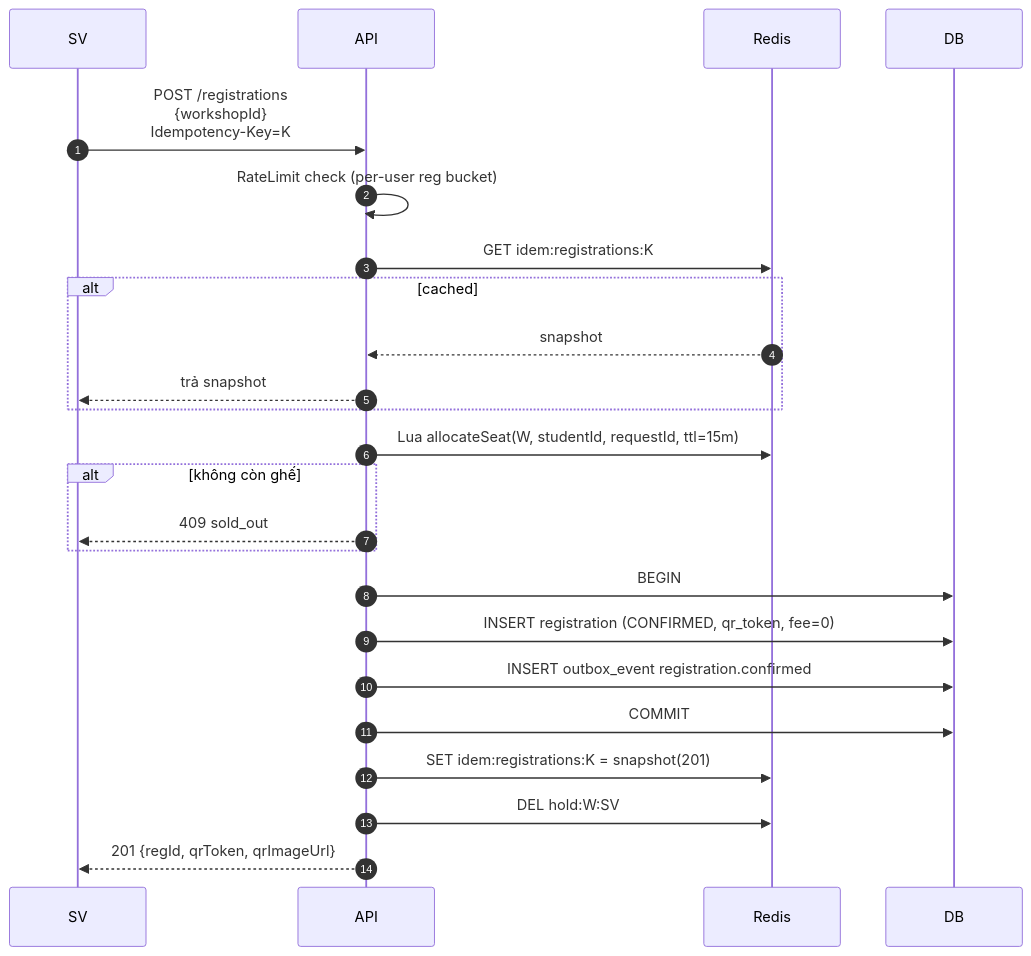
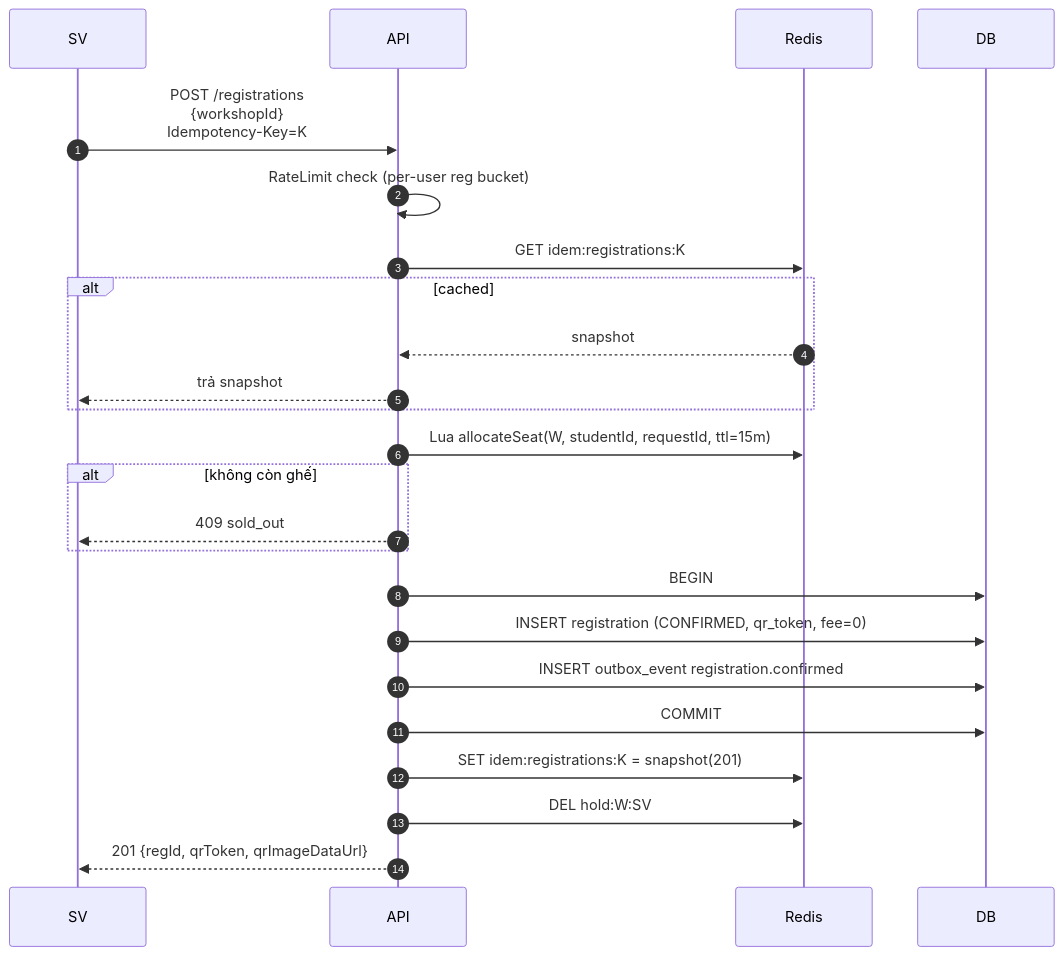
Before and after one commit to ThangTo/UniHub-Workshop: the first of 2 diagrams in blueprint/specs/registration.md, drawn with Mermaid. The commit also changed other lines of this file and 11 other files, not shown here.

````diff
--- a/blueprint/specs/registration.md
+++ b/blueprint/specs/registration.md
@@ -24,27 +24,27 @@
 ```mermaid
 sequenceDiagram
     autonumber
     participant SV
     participant API
     participant R as Redis
     participant DB
 
     SV->>API: POST /registrations<br/>{workshopId}<br/>Idempotency-Key=K
     API->>API: RateLimit check (per-user reg bucket)
     API->>R: GET idem:registrations:K
     alt cached
         R-->>API: snapshot
         API-->>SV: trả snapshot
     end
     API->>R: Lua allocateSeat(W, studentId, requestId, ttl=15m)
     alt không còn ghế
         API-->>SV: 409 sold_out
     end
     API->>DB: BEGIN
     API->>DB: INSERT registration (CONFIRMED, qr_token, fee=0)
     API->>DB: INSERT outbox_event registration.confirmed
     API->>DB: COMMIT
     API->>R: SET idem:registrations:K = snapshot(201)
     API->>R: DEL hold:W:SV
-    API-->>SV: 201 {regId, qrToken, qrImageUrl}
+    API-->>SV: 201 {regId, qrToken, qrImageDataUrl}
 ```
````
